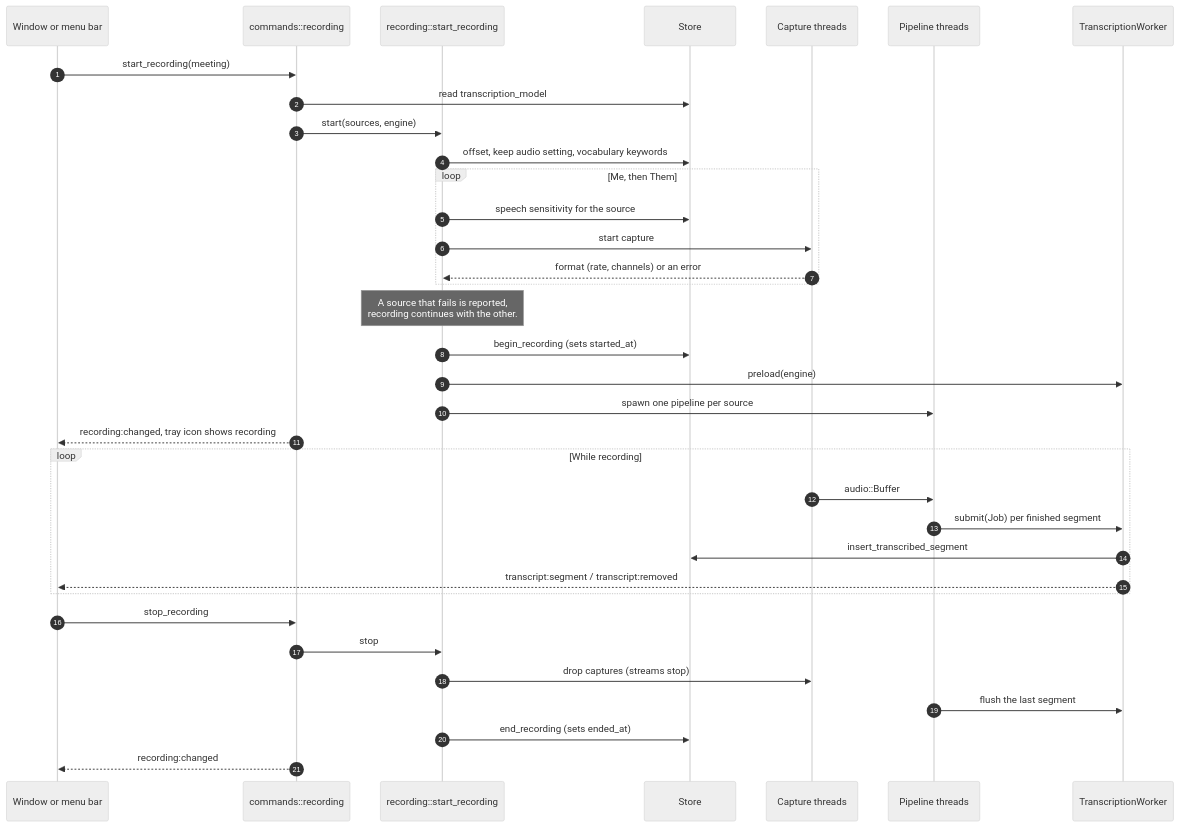
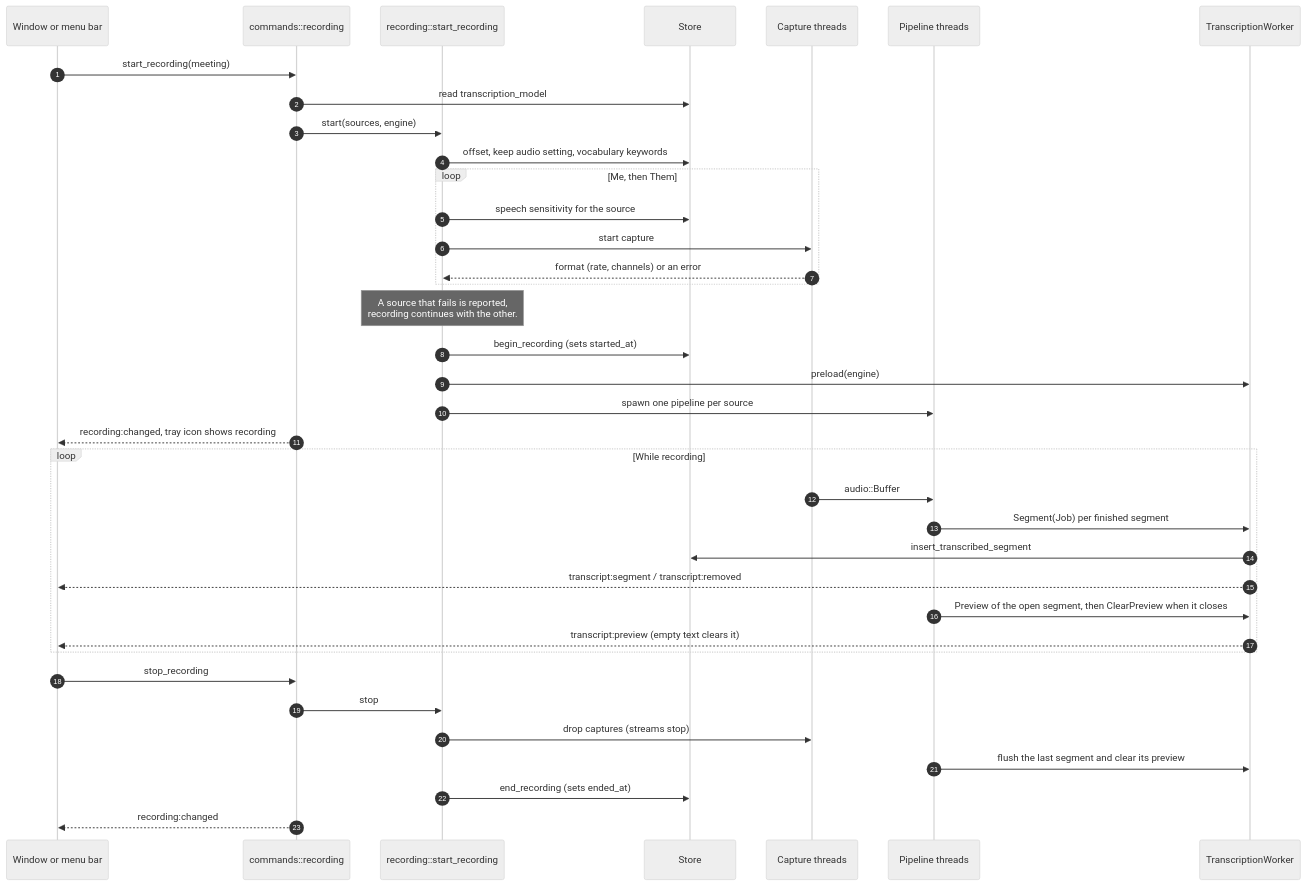
Before and after one commit to tapresle/Earshot-Notes: the second of 4 diagrams in docs/architecture/recording-and-transcription.md, drawn with Mermaid (neutral theme). The commit also changed other lines of this file and 14 other files, not shown here.

First line of the commit message:
#169: Show the words of the open segment while people speak (#170)

````diff
--- a/docs/architecture/recording-and-transcription.md
+++ b/docs/architecture/recording-and-transcription.md
@@ -69,40 +72,42 @@
 ```mermaid
 sequenceDiagram
     autonumber
     participant UI as Window or menu bar
     participant Cmd as commands::recording
     participant Rec as recording::start_recording
     participant Store
     participant Cap as Capture threads
     participant Pipe as Pipeline threads
     participant TW as TranscriptionWorker
 
     UI->>Cmd: start_recording(meeting)
     Cmd->>Store: read transcription_model
     Cmd->>Rec: start(sources, engine)
     Rec->>Store: offset, keep audio setting, vocabulary keywords
     loop Me, then Them
         Rec->>Store: speech sensitivity for the source
         Rec->>Cap: start capture
         Cap-->>Rec: format (rate, channels) or an error
     end
     Note over Rec: A source that fails is reported,<br/>recording continues with the other.
     Rec->>Store: begin_recording (sets started_at)
     Rec->>TW: preload(engine)
     Rec->>Pipe: spawn one pipeline per source
     Cmd-->>UI: recording:changed, tray icon shows recording
 
     loop While recording
         Cap->>Pipe: audio::Buffer
-        Pipe->>TW: submit(Job) per finished segment
+        Pipe->>TW: Segment(Job) per finished segment
         TW->>Store: insert_transcribed_segment
         TW-->>UI: transcript:segment / transcript:removed
+        Pipe->>TW: Preview of the open segment, then ClearPreview when it closes
+        TW-->>UI: transcript:preview (empty text clears it)
     end
 
     UI->>Cmd: stop_recording
     Cmd->>Rec: stop
     Rec->>Cap: drop captures (streams stop)
-    Pipe->>TW: flush the last segment
+    Pipe->>TW: flush the last segment and clear its preview
     Rec->>Store: end_recording (sets ended_at)
     Cmd-->>UI: recording:changed
 ```
````
